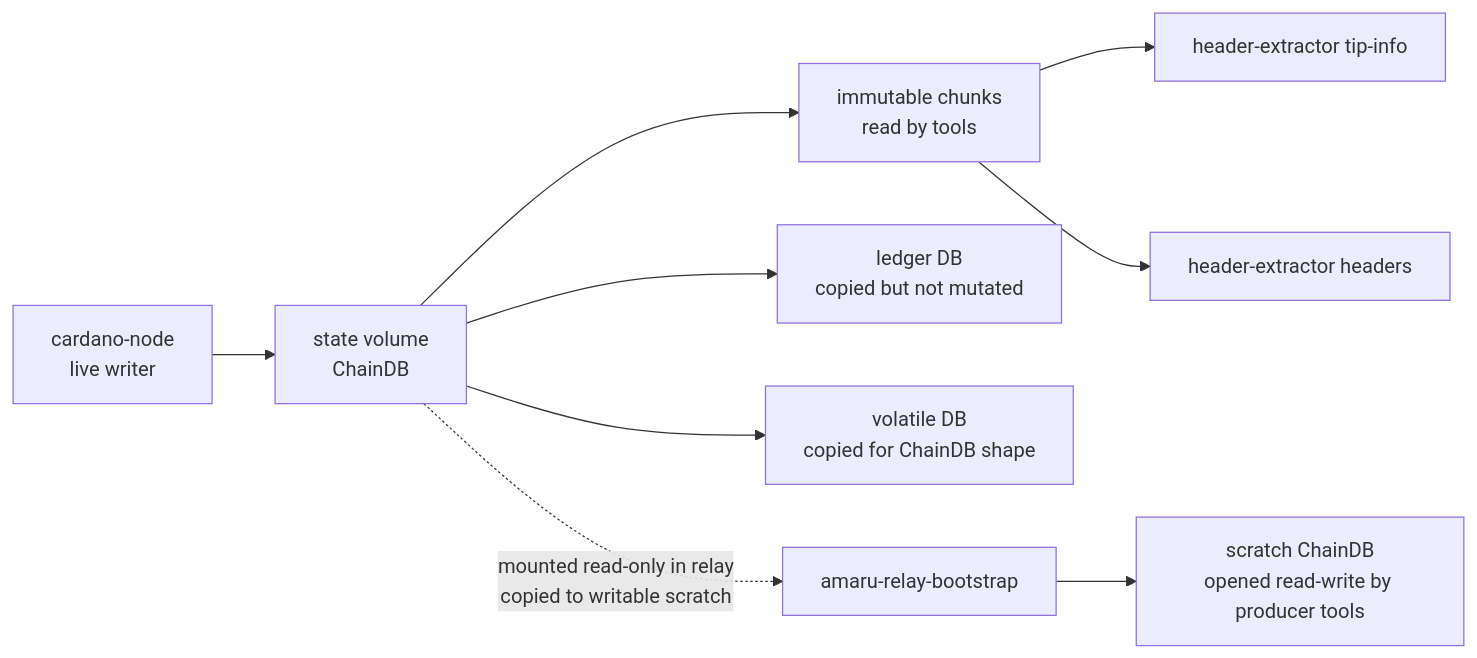
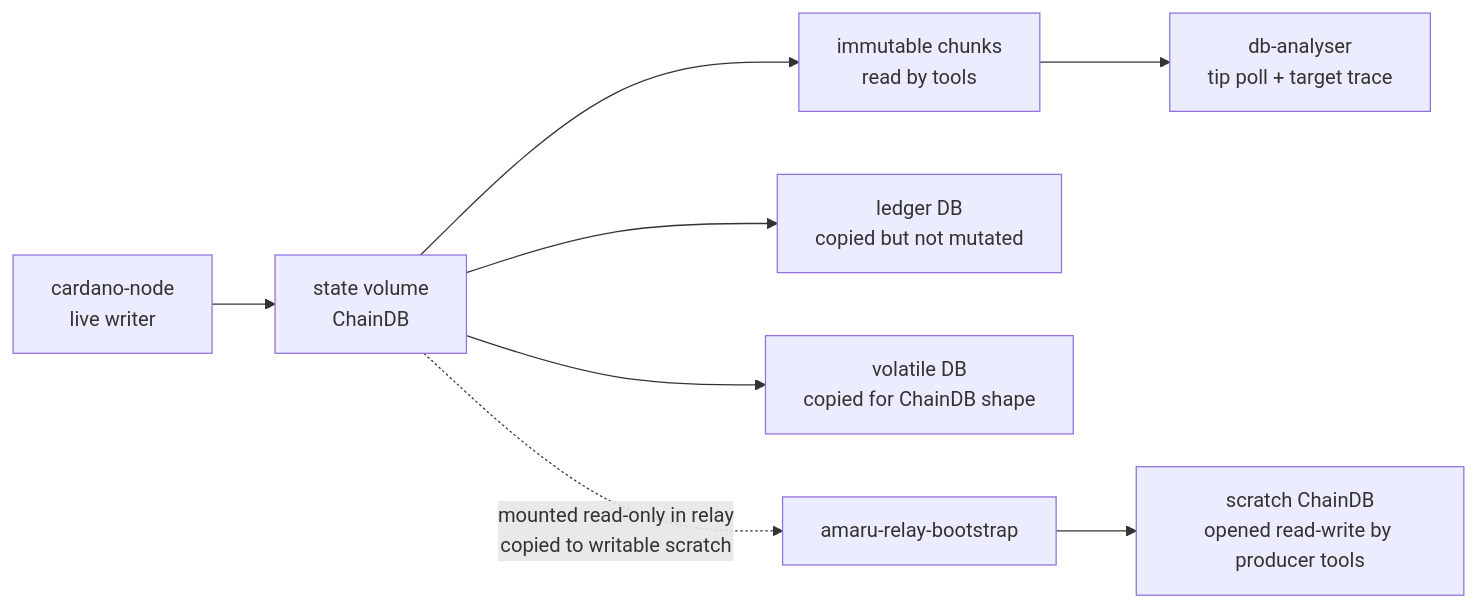
Before and after one commit to lambdasistemi/amaru-bootstrap: the third of 7 diagrams in docs/architecture.md, drawn with Mermaid. The commit also changed other lines of this file and 6 other files, not shown here.

First line of the commit message:
docs: describe stock db-analyser producer flow

````diff
--- a/docs/architecture.md
+++ b/docs/architecture.md
@@ -79,11 +78,10 @@
 ```mermaid
 flowchart LR
     writer["cardano-node\nlive writer"] --> state["state volume\nChainDB"]
     state --> imm["immutable chunks\nread by tools"]
     state --> ledger["ledger DB\ncopied but not mutated"]
     state --> vol["volatile DB\ncopied for ChainDB shape"]
-    imm --> tip["header-extractor tip-info"]
-    imm --> headers["header-extractor headers"]
+    imm --> tip["db-analyser\ntip poll + target trace"]
     state -. "mounted read-only in relay\ncopied to writable scratch" .-> relay["amaru-relay-bootstrap"]
     relay --> scratch["scratch ChainDB\nopened read-write by producer tools"]
 ```
````
